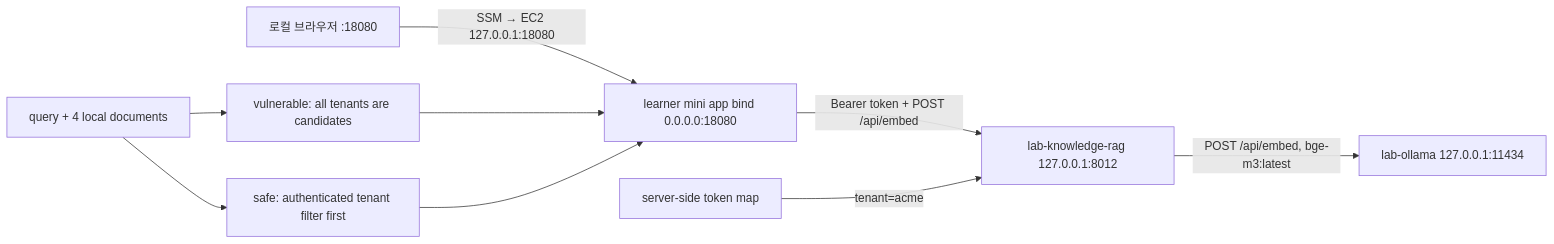
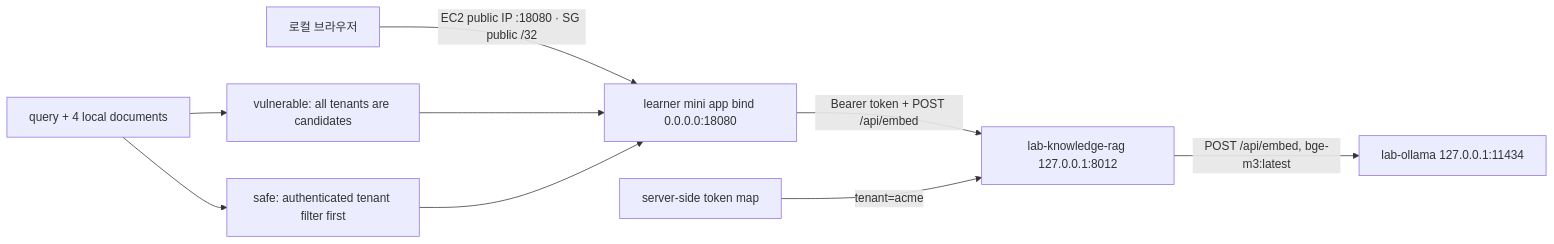
The third of 3 diagrams in docs/ARCHITECTURE.md (gasbugs/owasp-llm-lab-setup-guide), drawn with Mermaid before and after one commit. The commit also changed other lines of this file and 9 other files, not shown here.

````diff
--- a/docs/ARCHITECTURE.md
+++ b/docs/ARCHITECTURE.md
@@ -143,11 +143,11 @@
 ```mermaid
 flowchart LR
-  B["로컬 브라우저 :18080"] -->|"SSM → EC2 127.0.0.1:18080"| M["learner mini app bind 0.0.0.0:18080"]
+  B["로컬 브라우저"] -->|"EC2 public IP :18080 · SG public /32"| M["learner mini app bind 0.0.0.0:18080"]
   M -->|"Bearer token + POST /api/embed"| D["lab-knowledge-rag 127.0.0.1:8012"]
   D -->|"POST /api/embed, bge-m3:latest"| O["lab-ollama 127.0.0.1:11434"]
   Q["query + 4 local documents"] --> V["vulnerable: all tenants are candidates"]
   Q --> S["safe: authenticated tenant filter first"]
   V --> M
   S --> M
   A["server-side token map"] -->|"tenant=acme"| D
 ```
````
